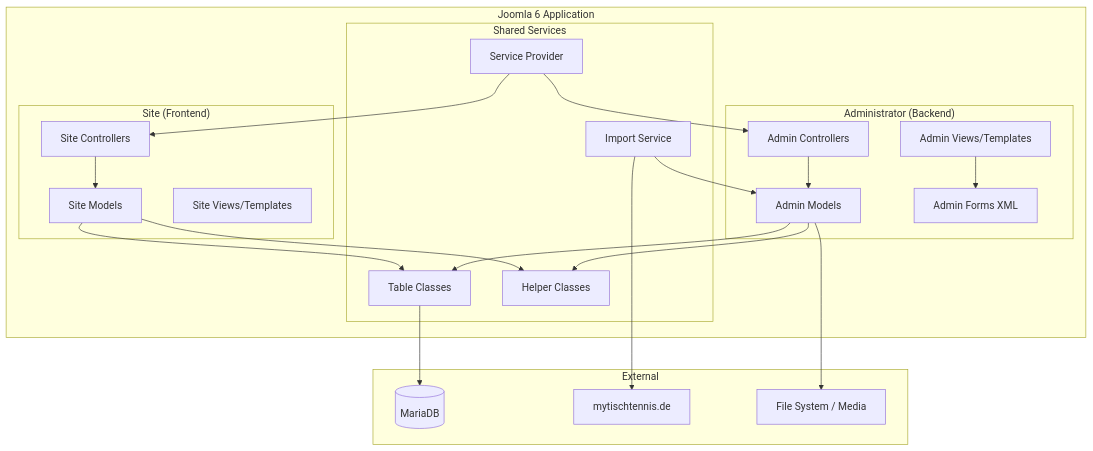
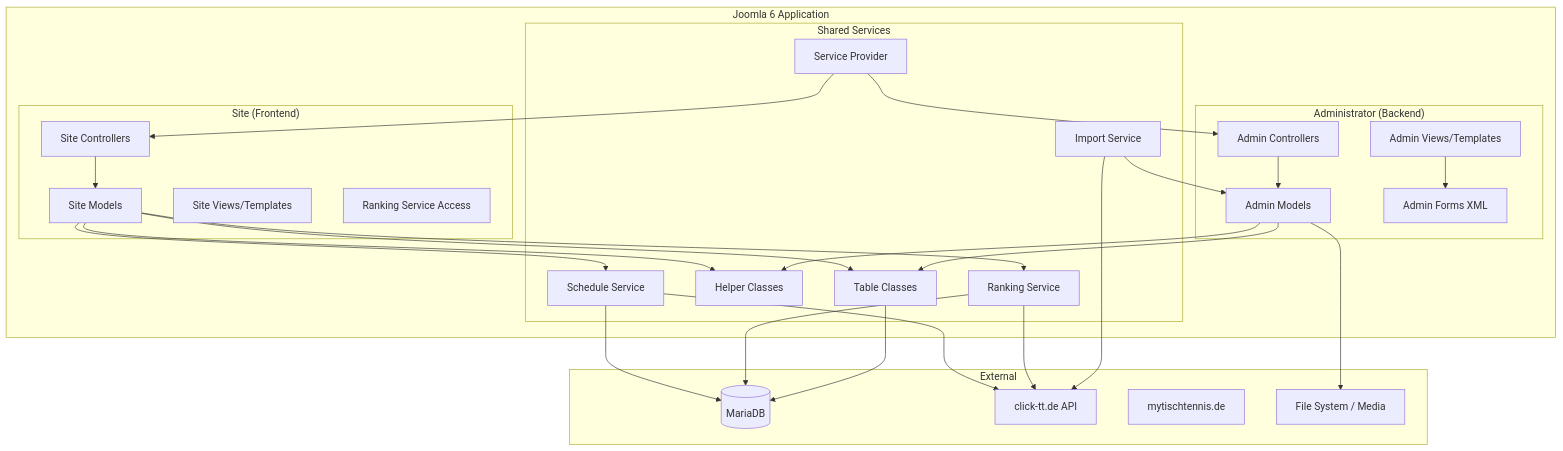
Before and after one commit to fatherjoe/ttclub: the first of 3 diagrams in .kiro/specs/tabletennis-club-manager/design.md, drawn with Mermaid. The commit also changed other lines of this file and 2181 other files, not shown here.

````diff
--- a/.kiro/specs/tabletennis-club-manager/design.md
+++ b/.kiro/specs/tabletennis-club-manager/design.md
@@ -22,41 +26,51 @@
 ```mermaid
 graph TB
     subgraph "Joomla 6 Application"
         subgraph "Administrator (Backend)"
             AC[Admin Controllers]
             AM[Admin Models]
             AV[Admin Views/Templates]
             AF[Admin Forms XML]
         end
         
         subgraph "Site (Frontend)"
             SC[Site Controllers]
             SM[Site Models]
             SV[Site Views/Templates]
+            RNK_S[Ranking Service Access]
         end
         
         subgraph "Shared Services"
             SP[Service Provider]
             TBL[Table Classes]
             HLP[Helper Classes]
             IMP[Import Service]
+            RNK[Ranking Service]
+            SCH[Schedule Service]
         end
     end
     
     subgraph "External"
         DB[(MariaDB)]
+        CTT[click-tt.de API]
         MTT[mytischtennis.de]
         FS[File System / Media]
     end
     
     AC --> AM --> TBL --> DB
     SC --> SM --> TBL
     AM --> HLP
     SM --> HLP
-    IMP --> MTT
+    IMP --> CTT
     IMP --> AM
+    RNK --> CTT
+    RNK --> DB
+    SM --> RNK
+    SCH --> CTT
+    SCH --> DB
+    SM --> SCH
     SP --> AC
     SP --> SC
     AV --> AF
     AM --> FS
 ```
````
